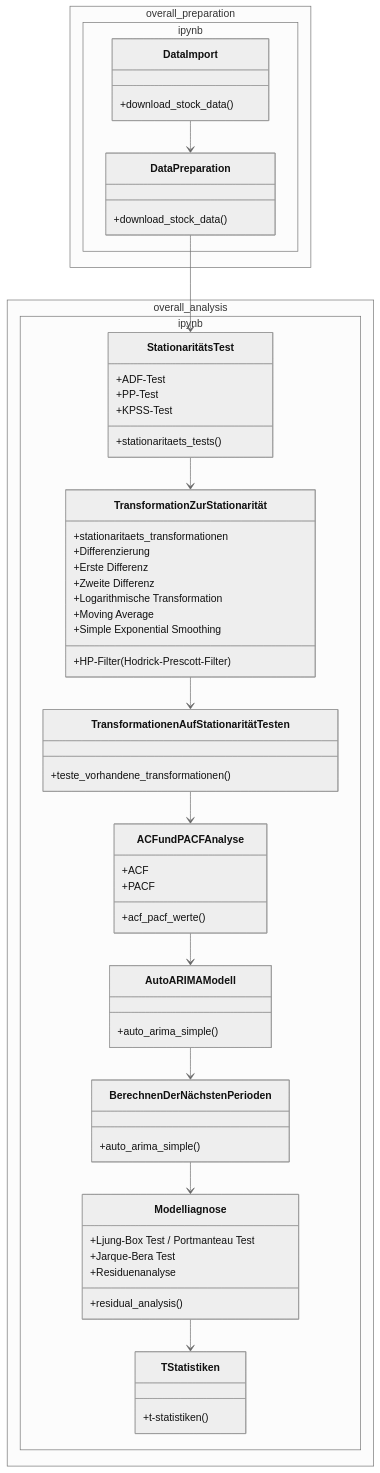
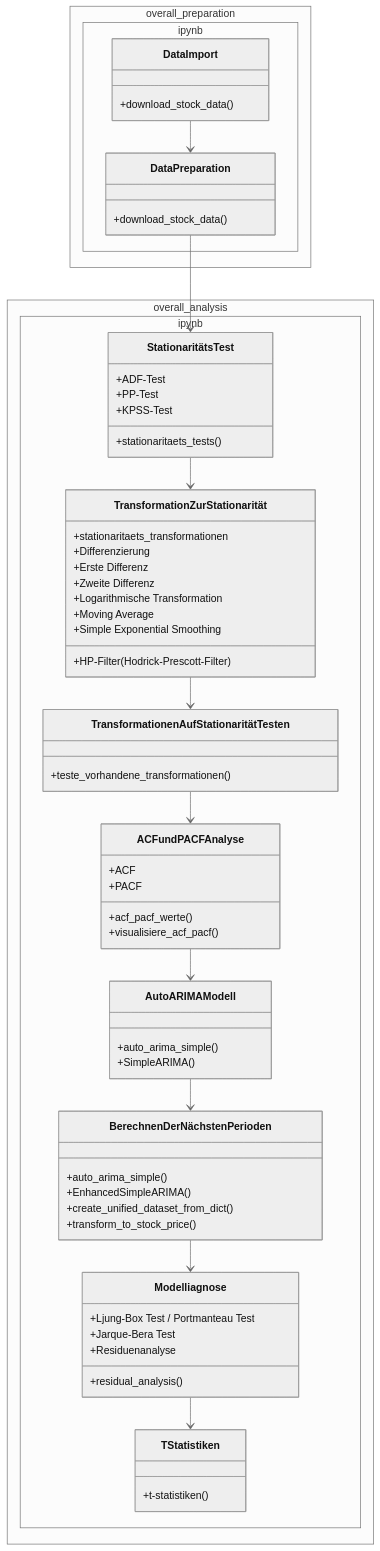
One commit to kaihuf/THWS_Reihenanalysen changed the diagram in docs/Prozess_darstellung.md. Above: the diagram before and after it, drawn with Mermaid (neutral theme).

Commit message:
fix(prozess_Darstellung): Erweiterung der darstellung

````diff
--- a/docs/Prozess_darstellung.md
+++ b/docs/Prozess_darstellung.md
@@ -1,73 +1,78 @@
 ```mermaid
 classDiagram
 
     namespace overall_preparation.ipynb {
         class DataImport {
             +download_stock_data()
         }
         
         class DataPreparation {
             +download_stock_data()
         }
     }
     
     namespace overall_analysis.ipynb {
         class StationaritätsTest {
             +stationaritaets_tests()
             +ADF-Test
             +PP-Test
             +KPSS-Test
         }
         
         class TransformationZurStationarität {
             +stationaritaets_transformationen
             +Differenzierung
             +Erste Differenz
             +Zweite Differenz
             +Logarithmische Transformation
             +Moving Average
             +HP-Filter (Hodrick-Prescott-Filter)
             +Simple Exponential Smoothing
         }
         
         class TransformationenAufStationaritätTesten {
             +teste_vorhandene_transformationen()
         }
         
         class ACFundPACFAnalyse {
             +acf_pacf_werte()
+            +visualisiere_acf_pacf()
             +ACF
             +PACF
         }
         
         class AutoARIMAModell {
             +auto_arima_simple()
+            +SimpleARIMA()
         }
         
         class BerechnenDerNächstenPerioden {
             +auto_arima_simple()
+            +EnhancedSimpleARIMA()
+            +create_unified_dataset_from_dict()
+            +transform_to_stock_price()
         }
         
         class Modelliagnose {
             +residual_analysis()
             +Ljung-Box Test / Portmanteau Test
             +Jarque-Bera Test
             +Residuenanalyse
         }
         
         class TStatistiken {
             +t-statistiken()
         }
     }
     
     %% Verbindungen
     DataImport --> DataPreparation
     DataPreparation --> StationaritätsTest
     StationaritätsTest --> TransformationZurStationarität
     TransformationZurStationarität --> TransformationenAufStationaritätTesten
     TransformationenAufStationaritätTesten --> ACFundPACFAnalyse
     ACFundPACFAnalyse --> AutoARIMAModell
     AutoARIMAModell --> BerechnenDerNächstenPerioden
     BerechnenDerNächstenPerioden --> Modelliagnose
     Modelliagnose --> TStatistiken
 ```
````
